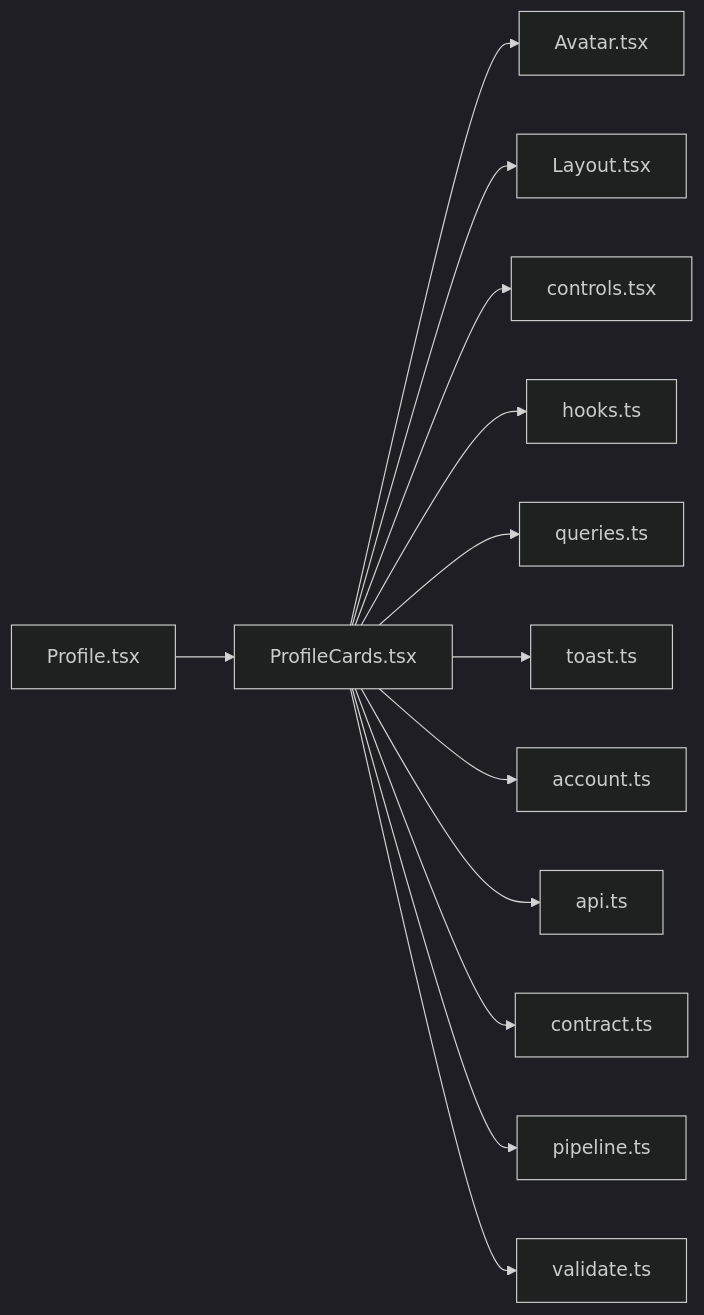
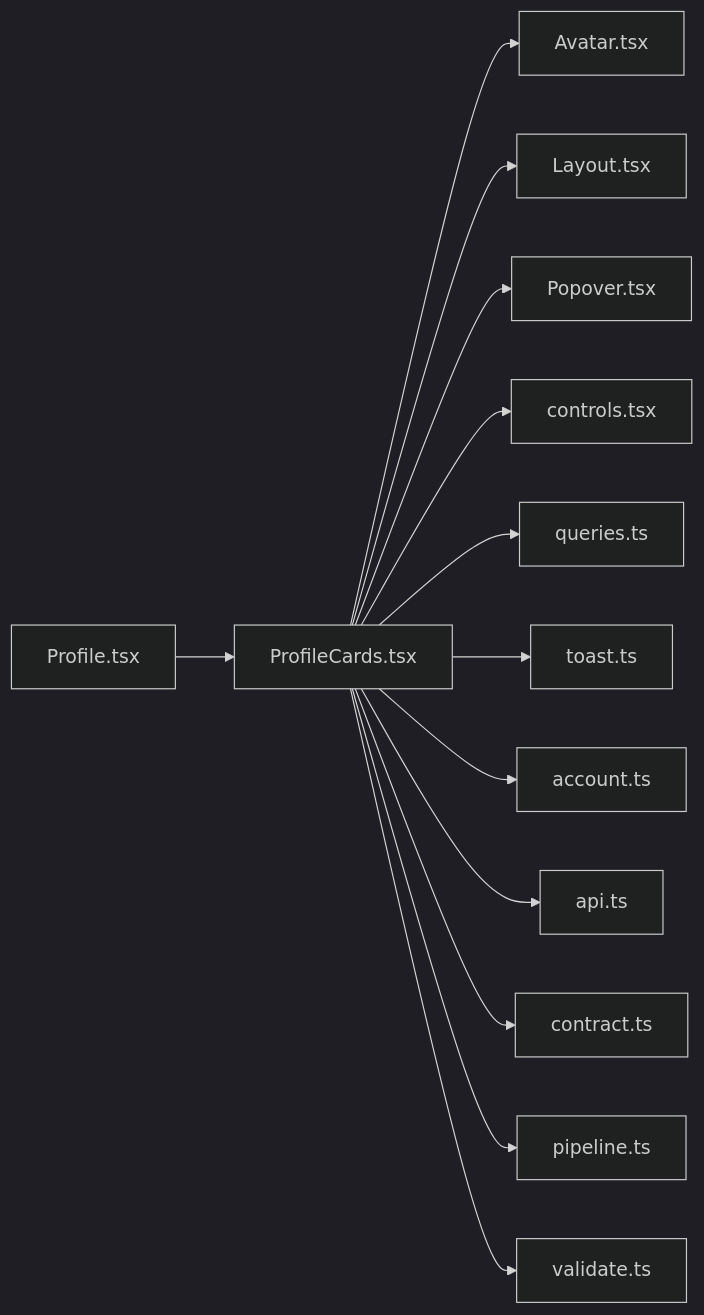
The diagram in .cluedoc/graph/frontend/src/routes/ProfileCards.md (minkong-dev/Banblit), drawn with Mermaid (dark theme) before and after one commit. The commit also changed other lines of this file and 21 other files, not shown here.

First line of the commit message:
frontend: add Segmented and Popover components and refine touch and hover styles

````diff
--- a/.cluedoc/graph/frontend/src/routes/ProfileCards.md
+++ b/.cluedoc/graph/frontend/src/routes/ProfileCards.md
@@ -10,16 +10,16 @@
 ```mermaid
 flowchart LR
   frontend_src_routes_ProfileCards["ProfileCards.tsx"]
   frontend_src_routes_ProfileCards --> frontend_src_components_Avatar["Avatar.tsx"]
   frontend_src_routes_ProfileCards --> frontend_src_components_Layout["Layout.tsx"]
+  frontend_src_routes_ProfileCards --> frontend_src_components_Popover["Popover.tsx"]
   frontend_src_routes_ProfileCards --> frontend_src_components_controls["controls.tsx"]
-  frontend_src_routes_ProfileCards --> frontend_src_components_hooks["hooks.ts"]
   frontend_src_routes_ProfileCards --> frontend_src_components_queries["queries.ts"]
   frontend_src_routes_ProfileCards --> frontend_src_components_toast["toast.ts"]
   frontend_src_routes_ProfileCards --> frontend_src_lib_account["account.ts"]
   frontend_src_routes_ProfileCards --> frontend_src_lib_api["api.ts"]
   frontend_src_routes_ProfileCards --> frontend_src_lib_contract["contract.ts"]
   frontend_src_routes_ProfileCards --> frontend_src_lib_pipeline["pipeline.ts"]
   frontend_src_routes_ProfileCards --> frontend_src_lib_validate["validate.ts"]
   frontend_src_routes_Profile["Profile.tsx"] --> frontend_src_routes_ProfileCards
 ```
````
